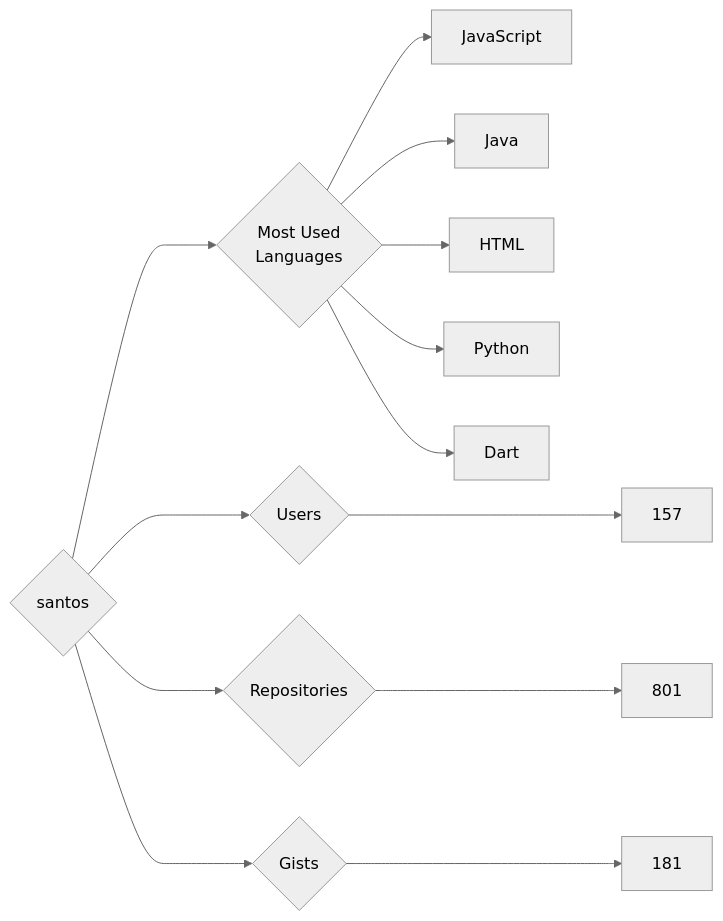
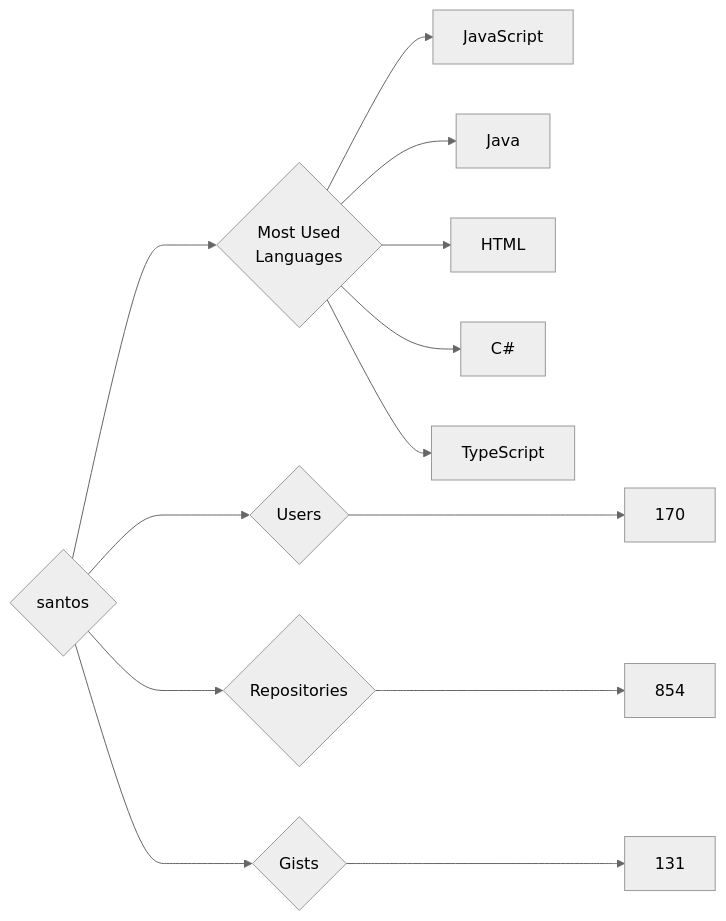
The diagram in targets/santos/README.md (trickest/insiders), drawn with Mermaid (neutral theme) before and after one commit. The commit also changed 723 other files, not shown here.

````diff
--- a/targets/santos/README.md
+++ b/targets/santos/README.md
@@ -3,13 +3,13 @@
 ```mermaid
 graph LR
 COMPANY_NAME{santos}
-COMPANY_NAME ---> U{Users} ---> UN[157]
-COMPANY_NAME ---> R{Repositories} ---> RN[801]
-COMPANY_NAME ---> G{Gists} ---> GN[181]
+COMPANY_NAME ---> U{Users} ---> UN[170]
+COMPANY_NAME ---> R{Repositories} ---> RN[854]
+COMPANY_NAME ---> G{Gists} ---> GN[131]
 COMPANY_NAME ---> ML{Most Used<br>Languages}
 ML --> JavaScript[JavaScript]
 ML --> Java[Java]
 ML --> HTML[HTML]
-ML --> Python[Python]
-ML --> Dart[Dart]
+ML --> C#[C#]
+ML --> TypeScript[TypeScript]
 ```
````
